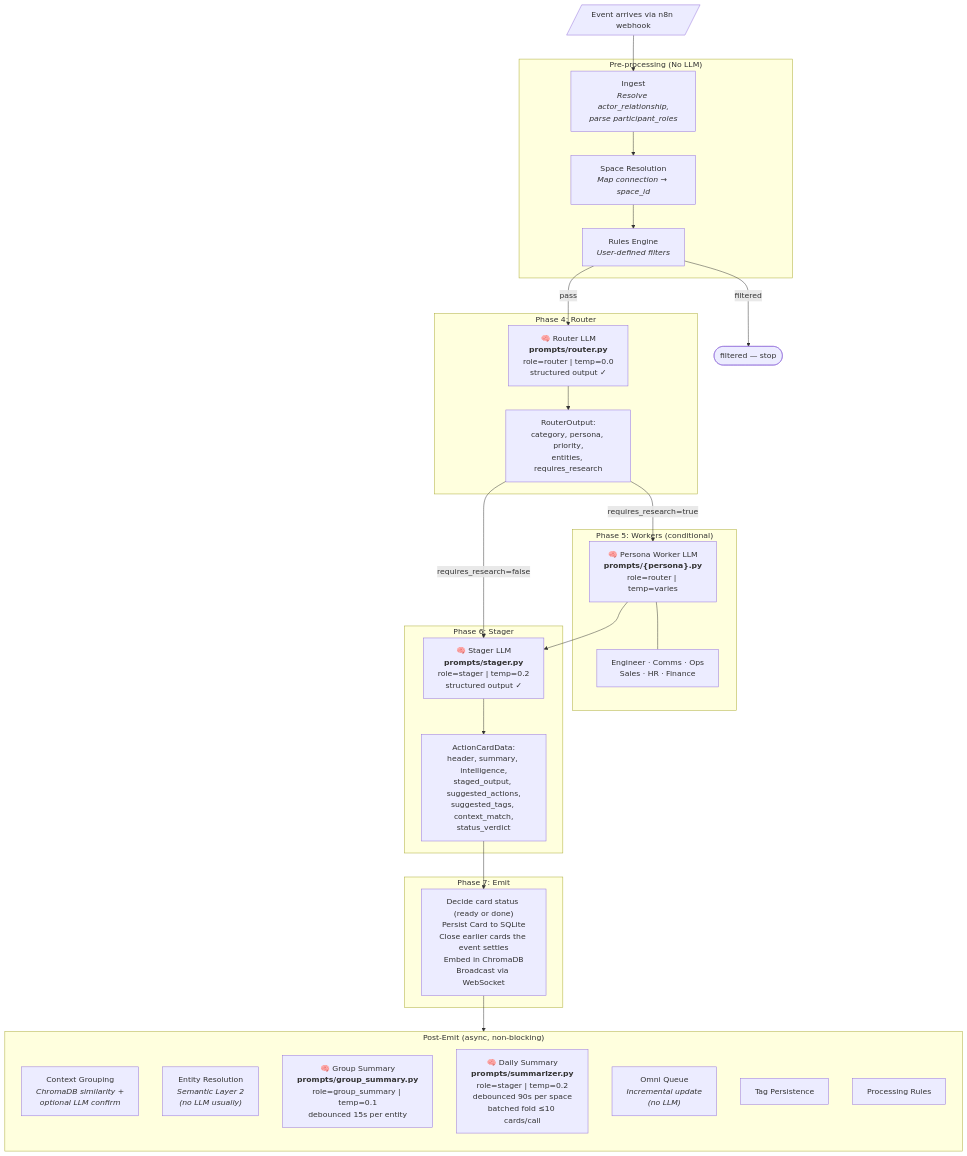
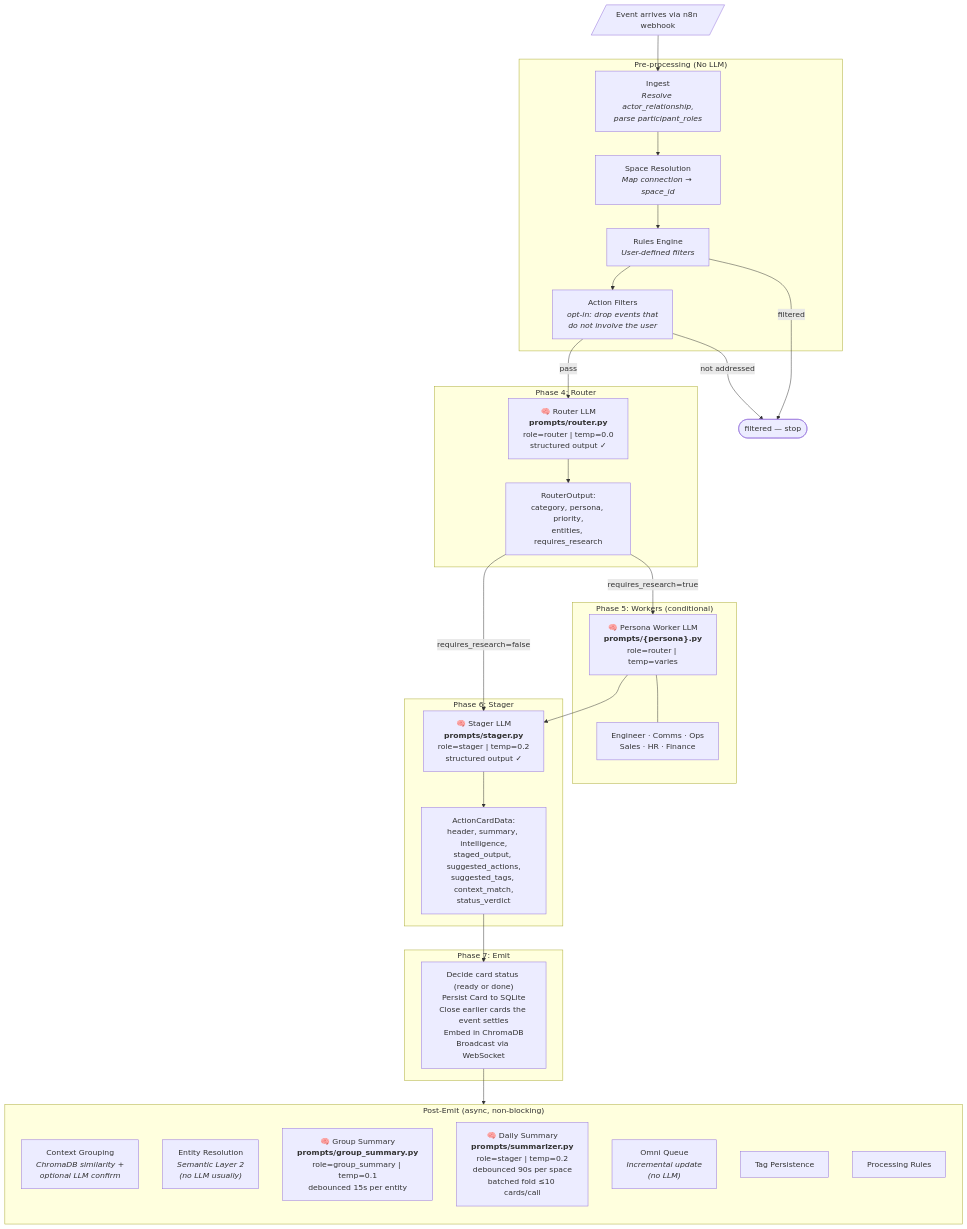
One commit to aayushch/laya changed the first of 8 diagrams in engine/docs/pipeline-lifecycle.md. Above: the diagram before and after it, drawn with Mermaid. The commit also changed other lines of this file and 5 other files, not shown here.

````diff
--- a/engine/docs/pipeline-lifecycle.md
+++ b/engine/docs/pipeline-lifecycle.md
@@ -5,64 +5,66 @@
 ```mermaid
 flowchart TD
     %% ─── Event Arrival ───
     EV[/"Event arrives via n8n webhook"/]
     EV --> INGEST
 
     %% ─── Phase 1-3: Pre-processing (No LLM) ───
     subgraph PRE["Pre-processing (No LLM)"]
         INGEST["Ingest<br/><i>Resolve actor_relationship,<br/>parse participant_roles</i>"]
         SPACE["Space Resolution<br/><i>Map connection → space_id</i>"]
         RULES["Rules Engine<br/><i>User-defined filters</i>"]
-        INGEST --> SPACE --> RULES
+        ADDR["Action Filters<br/><i>opt-in: drop events that<br/>do not involve the user</i>"]
+        INGEST --> SPACE --> RULES --> ADDR
     end
 
     RULES -->|filtered| STOP([filtered — stop])
-    RULES -->|pass| ROUTER
+    ADDR -->|not addressed| STOP
+    ADDR -->|pass| ROUTER
 
     %% ─── Phase 4: Router ───
     subgraph ROUTER_PHASE["Phase 4: Router"]
         ROUTER["🧠 Router LLM<br/><b>prompts/router.py</b><br/>role=router | temp=0.0<br/>structured output ✓"]
         ROUTER_OUT["RouterOutput:<br/>category, persona, priority,<br/>entities, requires_research"]
         ROUTER --> ROUTER_OUT
     end
 
     %% ─── Phase 5: Workers (conditional) ───
     ROUTER_OUT -->|requires_research=true| WORKERS
     ROUTER_OUT -->|requires_research=false| STAGER
 
     subgraph WORKER_PHASE["Phase 5: Workers (conditional)"]
         WORKERS["🧠 Persona Worker LLM<br/><b>prompts/{persona}.py</b><br/>role=router | temp=varies"]
         WORKER_LIST["Engineer · Comms · Ops<br/>Sales · HR · Finance"]
         WORKERS --- WORKER_LIST
     end
 
     WORKERS --> STAGER
 
     %% ─── Phase 6: Stager ───
     subgraph STAGER_PHASE["Phase 6: Stager"]
         STAGER["🧠 Stager LLM<br/><b>prompts/stager.py</b><br/>role=stager | temp=0.2<br/>structured output ✓"]
         STAGER_OUT["ActionCardData:<br/>header, summary, intelligence,<br/>staged_output, suggested_actions,<br/>suggested_tags, context_match,<br/>status_verdict"]
         STAGER --> STAGER_OUT
     end
 
     STAGER_OUT --> EMIT
 
     %% ─── Phase 7: Emit ───
     subgraph EMIT_PHASE["Phase 7: Emit"]
         EMIT["Decide card status (ready or done)<br/>Persist Card to SQLite<br/>Close earlier cards the event settles<br/>Embed in ChromaDB<br/>Broadcast via WebSocket"]
     end
 
     %% ─── Post-Emit Async Steps ───
     EMIT --> POST_EMIT
 
     subgraph POST_EMIT["Post-Emit (async, non-blocking)"]
         direction TB
         CTX["Context Grouping<br/><i>ChromaDB similarity +<br/>optional LLM confirm</i>"]
         ENT["Entity Resolution<br/><i>Semantic Layer 2<br/>(no LLM usually)</i>"]
         GS["🧠 Group Summary<br/><b>prompts/group_summary.py</b><br/>role=group_summary | temp=0.1<br/>debounced 15s per entity"]
         DS["🧠 Daily Summary<br/><b>prompts/summarizer.py</b><br/>role=stager | temp=0.2<br/>debounced 90s per space<br/>batched fold ≤10 cards/call"]
         OMNI_Q["Omni Queue<br/><i>Incremental update<br/>(no LLM)</i>"]
         TAGS["Tag Persistence"]
         PRULES["Processing Rules"]
     end
 ```
````
